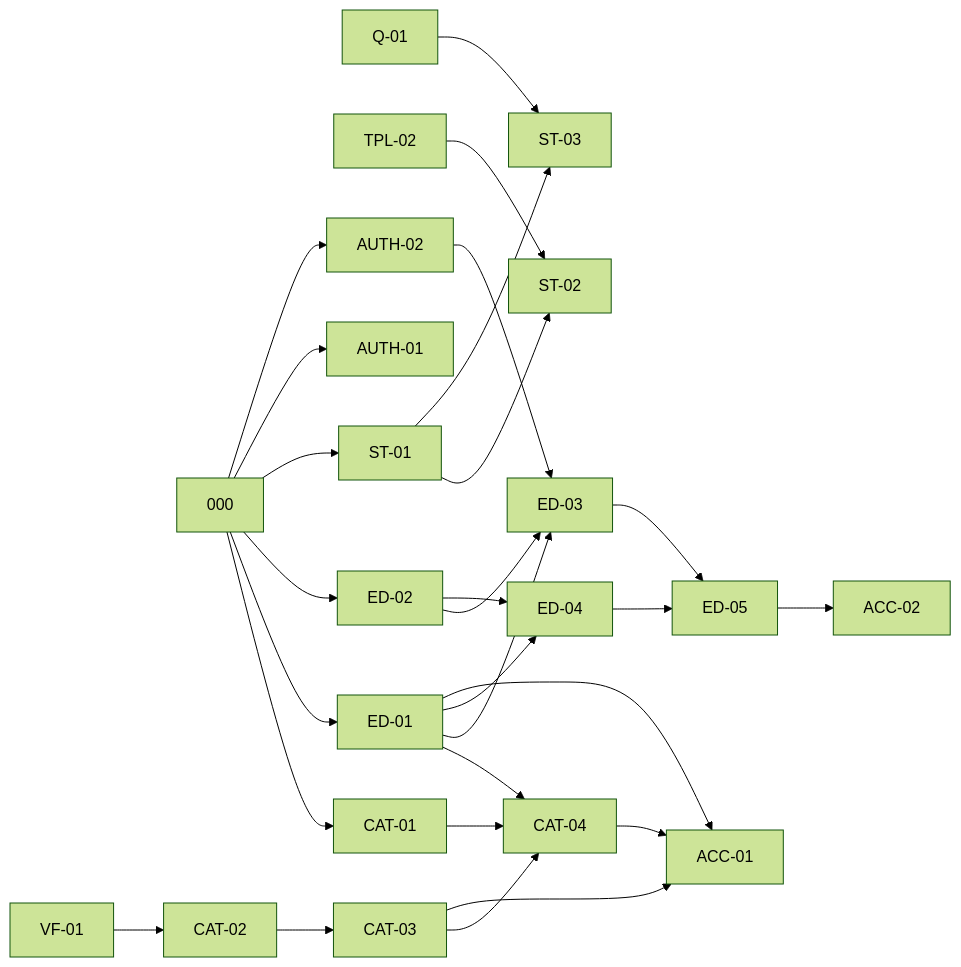
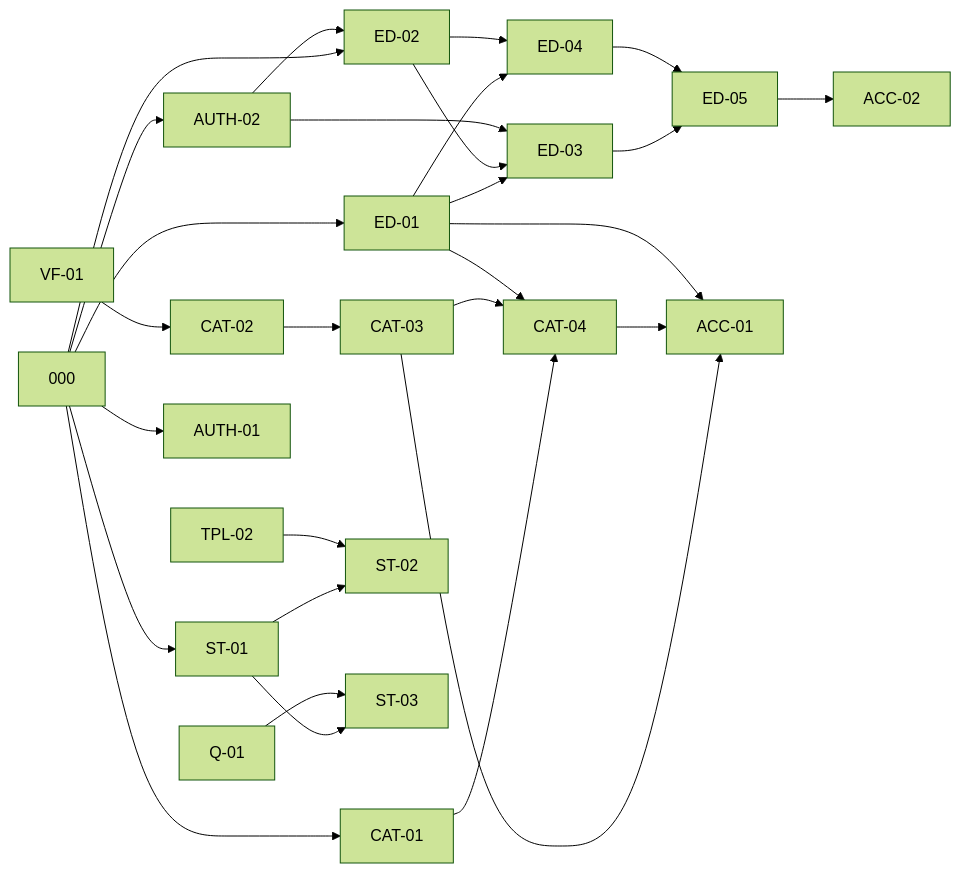
One commit to akkunov/invito changed the second of 4 diagrams in docs/architecture/EVENTIQ-4.1-MASTER-PLAN.md. Above: the diagram before and after it, drawn with Mermaid (forest theme). The commit also changed 3 other files, not shown here.

````diff
--- a/docs/architecture/EVENTIQ-4.1-MASTER-PLAN.md
+++ b/docs/architecture/EVENTIQ-4.1-MASTER-PLAN.md
@@ -102,49 +102,50 @@
 ```mermaid
 flowchart LR
   T000["000"]
   TQ_01["Q-01"]
   TTPL_02["TPL-02"]
   TVF_01["VF-01"]
   TCAT_01["CAT-01"]
   TCAT_02["CAT-02"]
   TCAT_03["CAT-03"]
   TCAT_04["CAT-04"]
   TED_01["ED-01"]
   TED_02["ED-02"]
   TED_03["ED-03"]
   TED_04["ED-04"]
   TED_05["ED-05"]
   TST_01["ST-01"]
   TST_02["ST-02"]
   TST_03["ST-03"]
   TAUTH_01["AUTH-01"]
   TAUTH_02["AUTH-02"]
   TACC_01["ACC-01"]
   TACC_02["ACC-02"]
   T000 --> TCAT_01
   TVF_01 --> TCAT_02
   TCAT_02 --> TCAT_03
   TCAT_01 --> TCAT_04
   TCAT_03 --> TCAT_04
   TED_01 --> TCAT_04
   T000 --> TED_01
   T000 --> TED_02
+  TAUTH_02 --> TED_02
   TED_01 --> TED_03
   TED_02 --> TED_03
   TAUTH_02 --> TED_03
   TED_01 --> TED_04
   TED_02 --> TED_04
   TED_03 --> TED_05
   TED_04 --> TED_05
   T000 --> TST_01
   TST_01 --> TST_02
   TTPL_02 --> TST_02
   TST_01 --> TST_03
   TQ_01 --> TST_03
   T000 --> TAUTH_01
   T000 --> TAUTH_02
   TCAT_03 --> TACC_01
   TCAT_04 --> TACC_01
   TED_01 --> TACC_01
   TED_05 --> TACC_02
 ```
````
